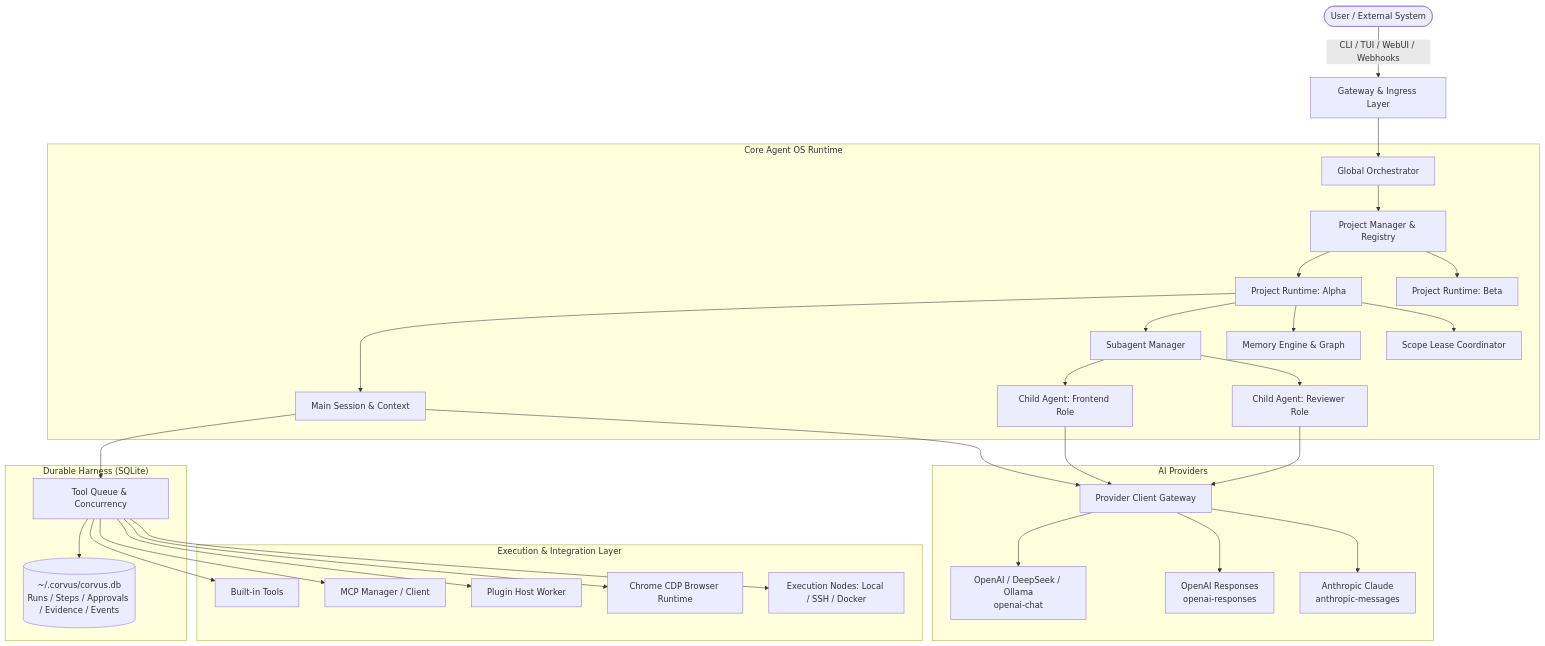
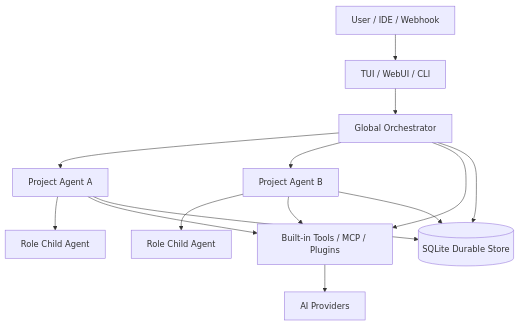
Before and after one commit to RavenholmAlpha/CorvusAI: the diagram in README.md, drawn with Mermaid. The commit also changed other lines of this file, not shown here.

Commit message:
docs: comprehensively update project README

````diff
--- a/README.md
+++ b/README.md
@@ -86,39 +188,16 @@
 ```mermaid
 graph TD
-    User([User / External System]) -->|CLI / TUI / WebUI / Webhooks| Gateway[Gateway & Ingress Layer]
-    Gateway --> Orchestrator[Global Orchestrator]
-    
-    subgraph "Core Agent OS Runtime"
-        Orchestrator --> PM[Project Manager & Registry]
-        PM --> PR1[Project Runtime: Alpha]
-        PM --> PR2[Project Runtime: Beta]
-        
-        PR1 --> MS[Main Session & Context]
-        PR1 --> SM[Subagent Manager]
-        SM --> SA1[Child Agent: Frontend Role]
-        SM --> SA2[Child Agent: Reviewer Role]
-        
-        PR1 --> Mem[Memory Engine & Graph]
-        PR1 --> Leases[Scope Lease Coordinator]
-    end
-    
-    subgraph "Durable Harness (SQLite)"
-        MS --> TQ[Tool Queue & Concurrency]
-        TQ --> DB[(~/.corvus/corvus.db<br/>Runs / Steps / Approvals / Evidence / Events)]
-    end
-    
-    subgraph "Execution & Integration Layer"
-        TQ --> Tools[Built-in Tools]
-        TQ --> MCP[MCP Manager / Client]
-        TQ --> Plugins[Plugin Host Worker]
-        TQ --> Browser[Chrome CDP Browser Runtime]
-        TQ --> Nodes[Execution Nodes: Local / SSH / Docker]
-    end
-    
-    subgraph "AI Providers"
-        MS & SA1 & SA2 --> MultiProvider[Provider Client Gateway]
-        MultiProvider --> P1[OpenAI / DeepSeek / Ollama<br/>openai-chat]
-        MultiProvider --> P2[OpenAI Responses<br/>openai-responses]
-        MultiProvider --> P3[Anthropic Claude<br/>anthropic-messages]
-    end
+  User[User / IDE / Webhook] --> UI[TUI / WebUI / CLI]
+  UI --> Master[Global Orchestrator]
+  Master --> P1[Project Agent A]
+  Master --> P2[Project Agent B]
+  P1 --> R1[Role Child Agent]
+  P2 --> R2[Role Child Agent]
+  Master --> Tools[Built-in Tools / MCP / Plugins]
+  P1 --> Tools
+  P2 --> Tools
+  Master --> DB[(SQLite Durable Store)]
+  P1 --> DB
+  P2 --> DB
+  Tools --> Providers[AI Providers]
 ```
````
